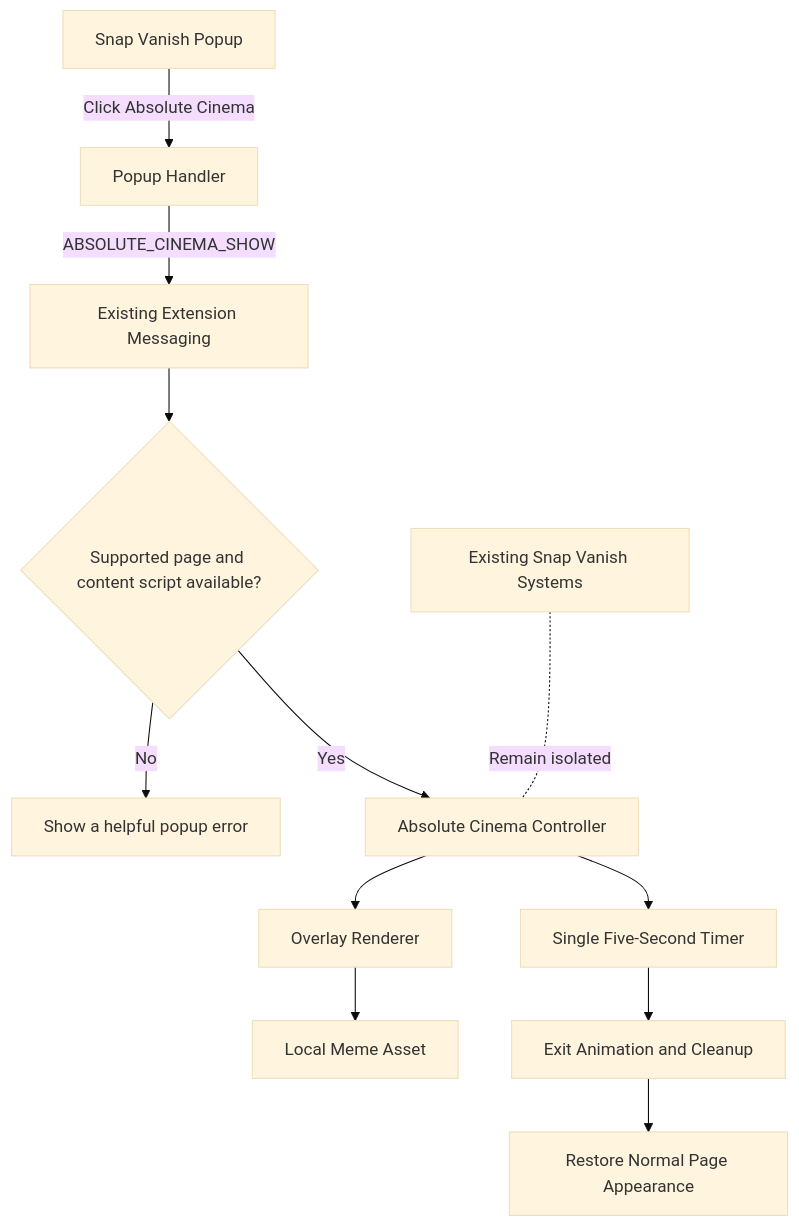
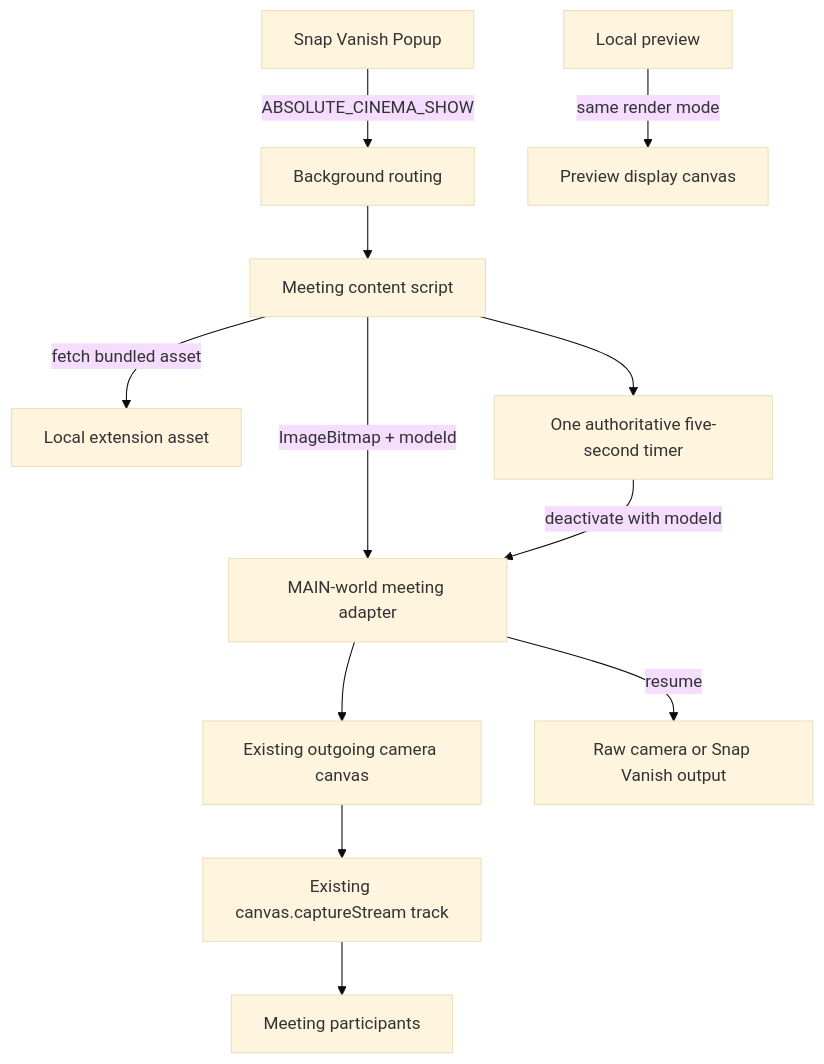
The diagram in absolute-cinema-architecture.md (AryanPohakar20/Snap-Vanish), drawn with Mermaid (base theme) before and after one commit. The commit also changed other lines of this file and 15 other files, not shown here.

Commit message:
Add Absolute Cinema outgoing camera meme

````diff
--- a/absolute-cinema-architecture.md
+++ b/absolute-cinema-architecture.md
@@ -54,14 +54,14 @@
 ```mermaid
 flowchart TD
-    A[Snap Vanish Popup] -->|Click Absolute Cinema| B[Popup Handler]
-    B -->|ABSOLUTE_CINEMA_SHOW| C[Existing Extension Messaging]
-    C --> D{Supported page and content script available?}
-    D -->|No| E[Show a helpful popup error]
-    D -->|Yes| F[Absolute Cinema Controller]
-    F --> G[Overlay Renderer]
-    G --> H[Local Meme Asset]
-    F --> I[Single Five-Second Timer]
-    I --> J[Exit Animation and Cleanup]
-    J --> K[Restore Normal Page Appearance]
-    X[Existing Snap Vanish Systems] -. Remain isolated .- F
+    A[Snap Vanish Popup] -->|ABSOLUTE_CINEMA_SHOW| B[Background routing]
+    B --> C[Meeting content script]
+    C -->|fetch bundled asset| D[Local extension asset]
+    C -->|ImageBitmap + modeId| E[MAIN-world meeting adapter]
+    E --> F[Existing outgoing camera canvas]
+    F --> G[Existing canvas.captureStream track]
+    G --> H[Meeting participants]
+    C --> I[One authoritative five-second timer]
+    I -->|deactivate with modeId| E
+    E -->|resume| J[Raw camera or Snap Vanish output]
+    K[Local preview] -->|same render mode| L[Preview display canvas]
 ```
````
